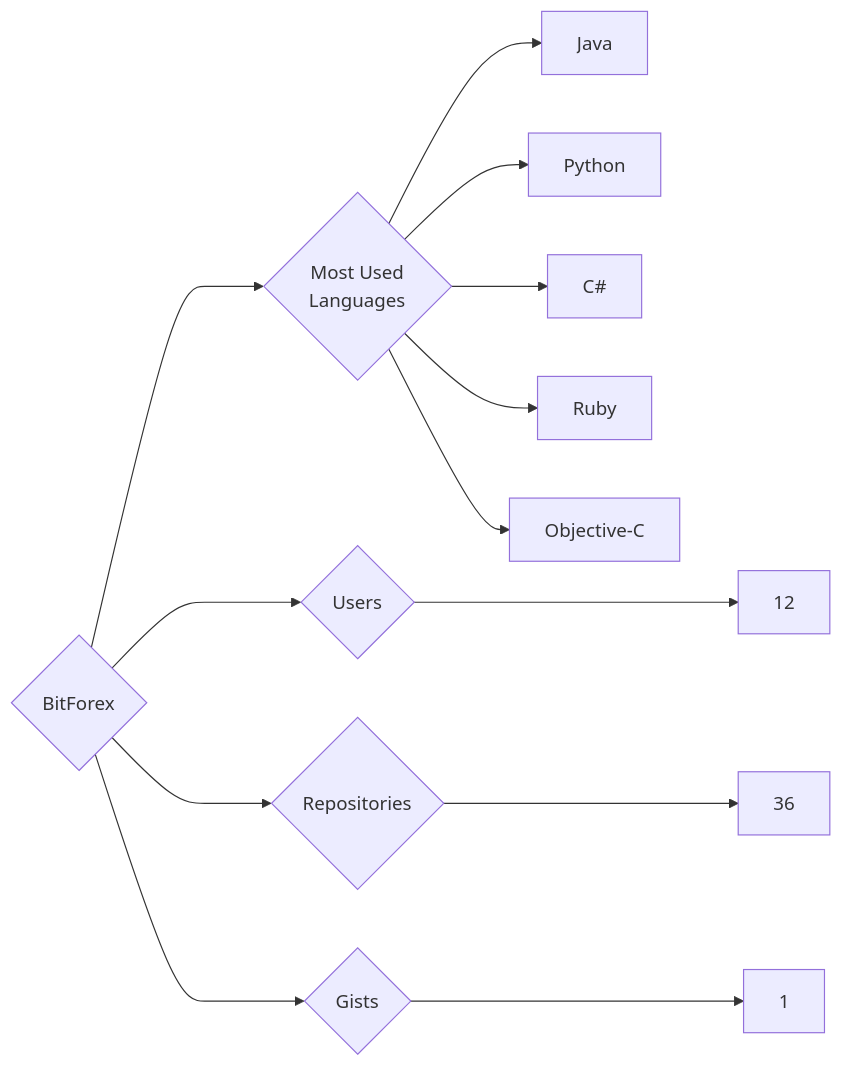
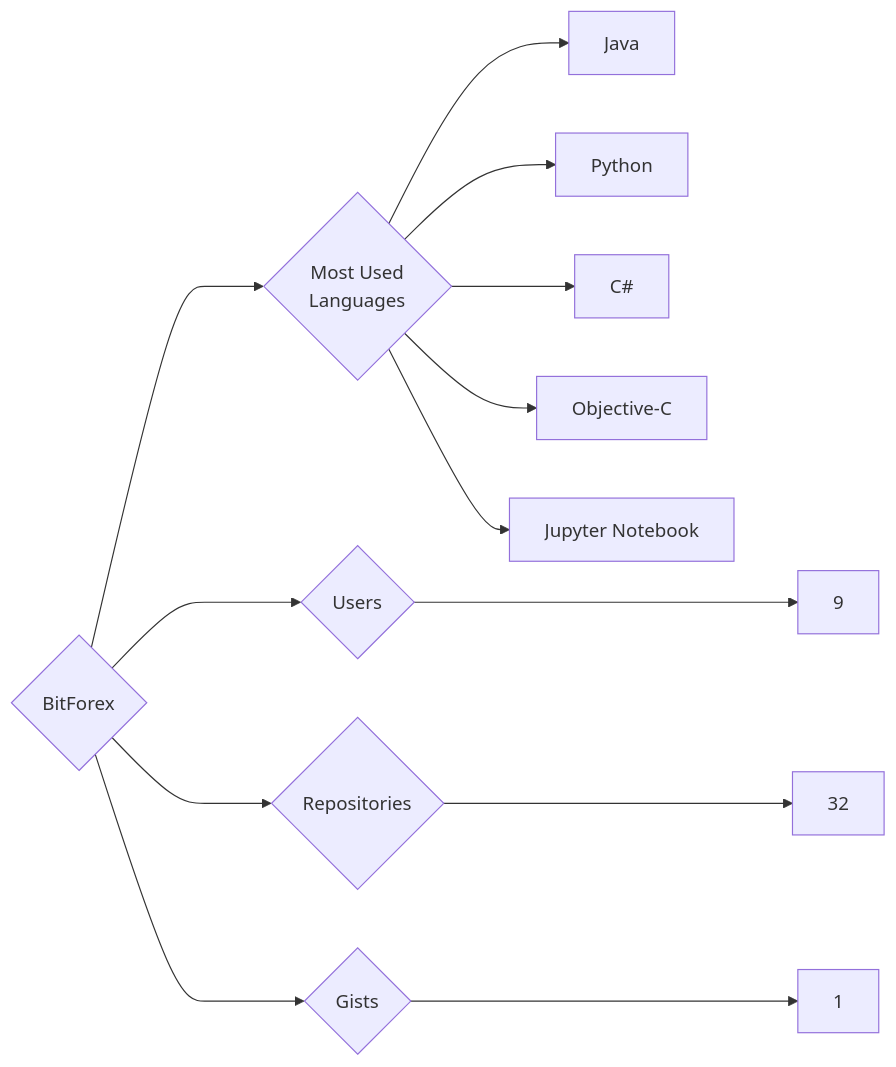
One commit to trickest/insiders changed the diagram in targets/BitForex/README.md. Above: the diagram before and after it, drawn with Mermaid. The commit also changed 912 other files, not shown here.

````diff
--- a/targets/BitForex/README.md
+++ b/targets/BitForex/README.md
@@ -3,13 +3,13 @@
 ```mermaid
 graph LR
 COMPANY_NAME{BitForex}
-COMPANY_NAME ---> U{Users} ---> UN[12]
-COMPANY_NAME ---> R{Repositories} ---> RN[36]
+COMPANY_NAME ---> U{Users} ---> UN[9]
+COMPANY_NAME ---> R{Repositories} ---> RN[32]
 COMPANY_NAME ---> G{Gists} ---> GN[1]
 COMPANY_NAME ---> ML{Most Used<br>Languages}
 ML --> Java[Java]
 ML --> Python[Python]
 ML --> C#[C#]
-ML --> Ruby[Ruby]
 ML --> Objective-C[Objective-C]
+ML --> Jupyter_Notebook[Jupyter Notebook]
 ```
````
